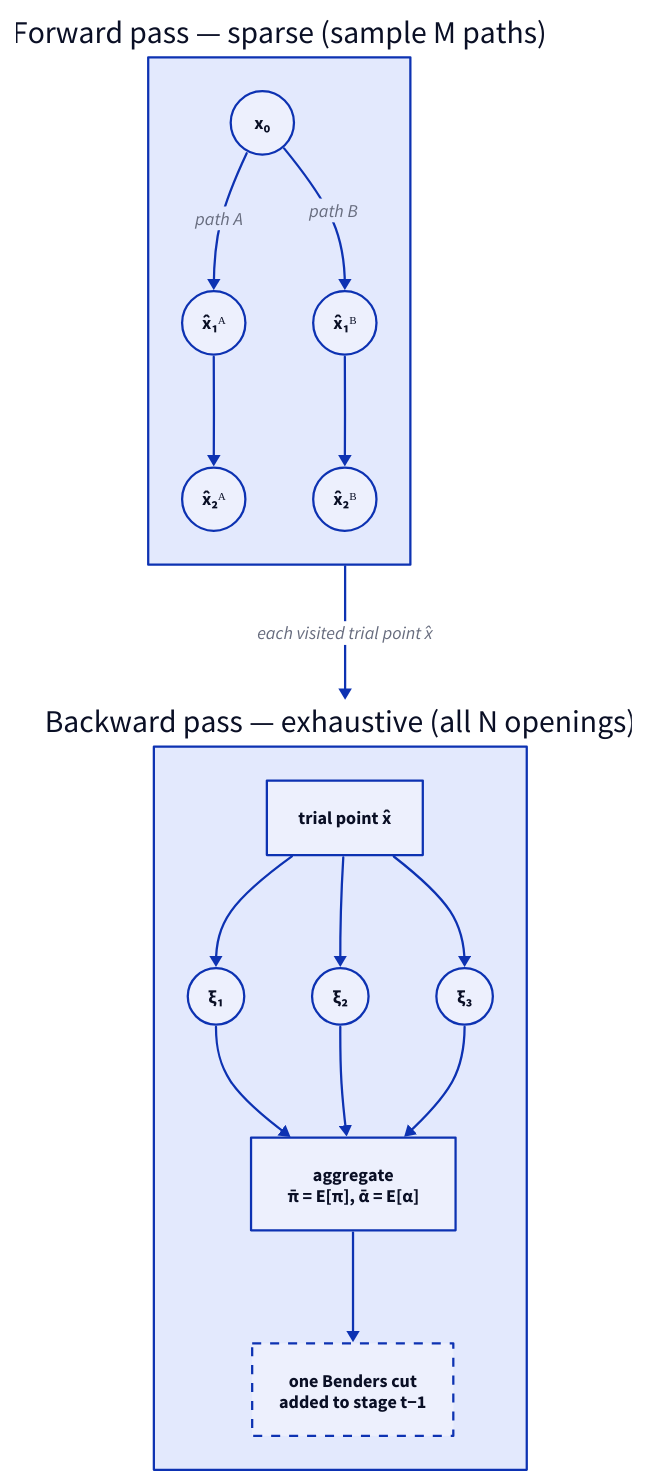
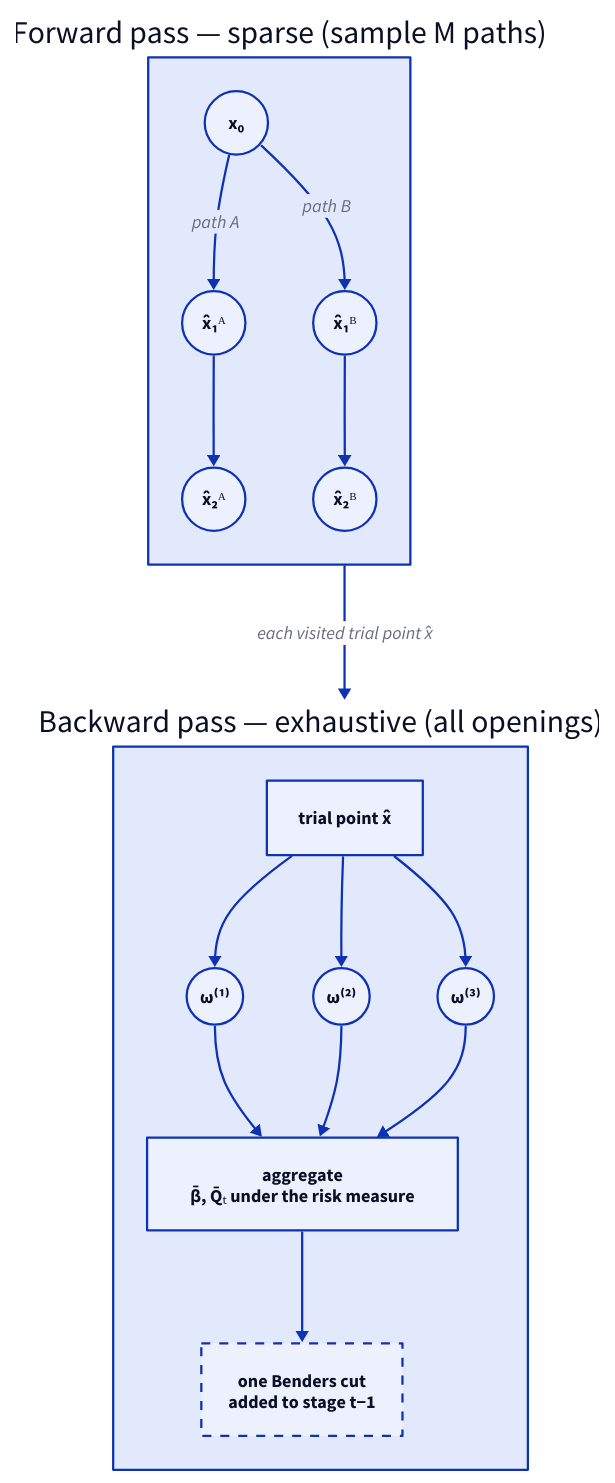
One commit to ons-ccee-epe/novomodelo-mcp changed the second of 2 diagrams in src/cobre_mcp/_bundled/docs/math/sddp-algorithm.mdx. Above: the diagram before and after it, drawn with D2. The commit also changed other lines of this file and 123 other files, not shown here.

````diff
--- a/src/cobre_mcp/_bundled/docs/math/sddp-algorithm.mdx
+++ b/src/cobre_mcp/_bundled/docs/math/sddp-algorithm.mdx
@@ -121,44 +137,44 @@
 ```d2
 direction: down
 
 classes: {
   st: {shape: circle; width: 56; height: 56}
   op: {shape: circle; width: 50; height: 50}
 }
 
 forward: "Forward pass — sparse (sample M paths)" {
   direction: right
 
   x0: "x₀" {class: st}
   a1: "x̂₁ᴬ" {class: st}
   a2: "x̂₂ᴬ" {class: st}
   b1: "x̂₁ᴮ" {class: st}
   b2: "x̂₂ᴮ" {class: st}
 
   x0 -> a1: "path A"
   a1 -> a2
   x0 -> b1: "path B"
   b1 -> b2
 }
 
-backward: "Backward pass — exhaustive (all N openings)" {
+backward: "Backward pass — exhaustive (all openings)" {
   direction: down
 
   trial: "trial point x̂"
-  o1: "ξ₁" {class: op}
-  o2: "ξ₂" {class: op}
-  o3: "ξ₃" {class: op}
-  agg: "aggregate\nπ̄ = E[π],  ᾱ = E[α]"
+  o1: "ω⁽¹⁾" {class: op}
+  o2: "ω⁽²⁾" {class: op}
+  o3: "ω⁽³⁾" {class: op}
+  agg: "aggregate\nβ̄, Q̄ₜ under the risk measure"
   cut: "one Benders cut\nadded to stage t−1" {style.stroke-dash: 4}
 
   trial -> o1
   trial -> o2
   trial -> o3
   o1 -> agg
   o2 -> agg
   o3 -> agg
   agg -> cut
 }
 
 forward -> backward: "each visited trial point x̂"
 ```
````
